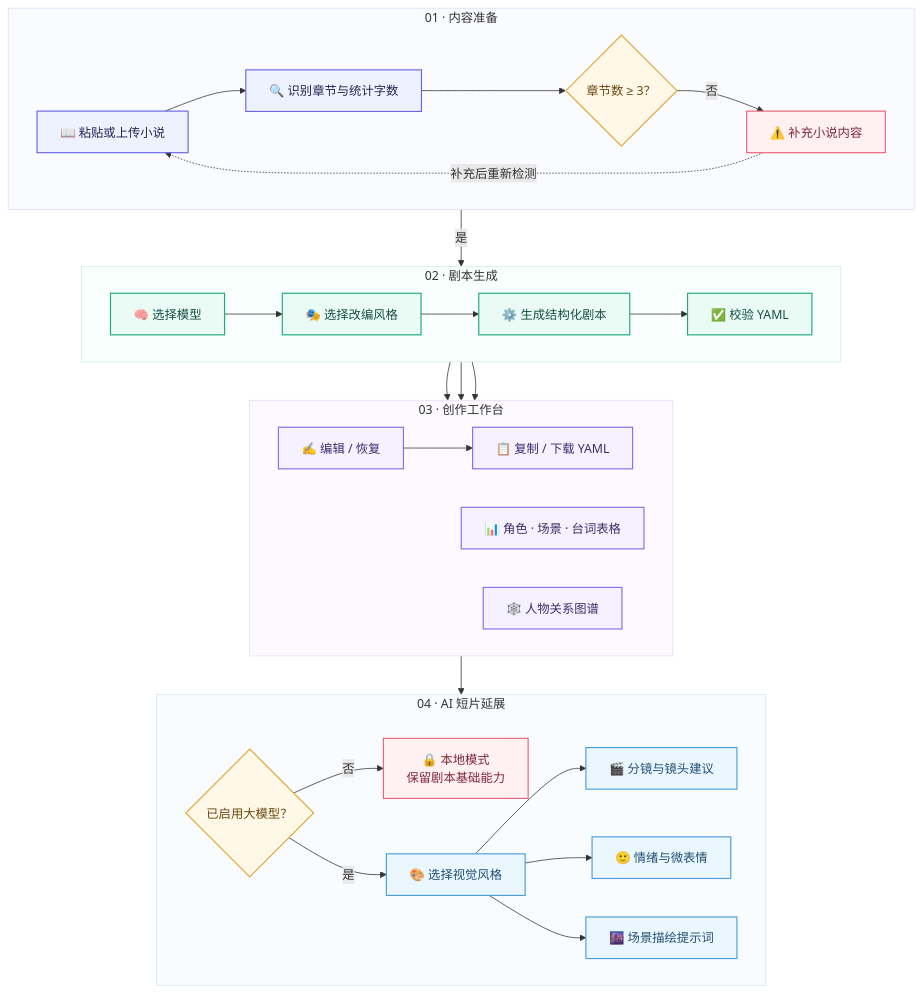
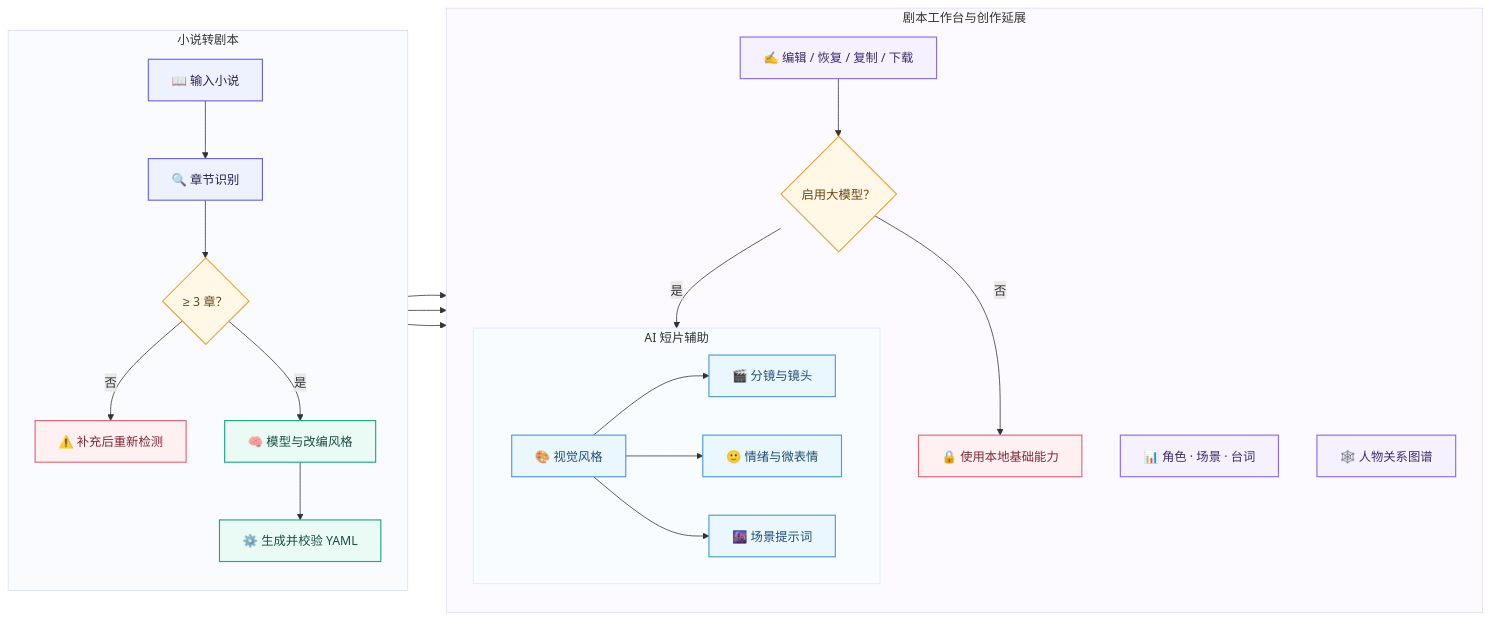
Before and after one commit to zuowenyan212-star/novel-to-script: the diagram in README.md, drawn with Mermaid. The commit also changed other lines of this file, not shown here.

Commit message:
docx:修改readme文件

````diff
--- a/README.md
+++ b/README.md
@@ -93,63 +93,57 @@
 ```mermaid
-flowchart TB
-    subgraph INPUT["01 · 内容准备"]
-        direction LR
-        A["📖 粘贴或上传小说"] --> B["🔍 识别章节与统计字数"] --> C{"章节数 ≥ 3？"}
-        C -- "否" --> D["⚠️ 补充小说内容"]
+flowchart LR
+    subgraph LEFT["小说转剧本"]
+        direction TB
+        A["📖 输入小说"] --> B["🔍 章节识别"]
+        B --> C{"≥ 3 章？"}
+        C -- "否" --> D["⚠️ 补充后重新检测"]
+        C -- "是" --> E["🧠 模型与改编风格"]
+        E --> F["⚙️ 生成并校验 YAML"]
     end
 
-    subgraph GENERATE["02 · 剧本生成"]
-        direction LR
-        E["🧠 选择模型"] --> F["🎭 选择改编风格"] --> G["⚙️ 生成结构化剧本"] --> H["✅ 校验 YAML"]
+    subgraph RIGHT["剧本工作台与创作延展"]
+        direction TB
+        G["✍️ 编辑 / 恢复 / 复制 / 下载"]
+        H["📊 角色 · 场景 · 台词"]
+        I["🕸️ 人物关系图谱"]
+        J{"启用大模型？"}
+        O["🔒 使用本地基础能力"]
+
+        subgraph OUTPUT["AI 短片辅助"]
+            direction LR
+            K["🎨 视觉风格"]
+            L["🎬 分镜与镜头"]
+            M["🙂 情绪与微表情"]
+            N["🌆 场景提示词"]
+        end
+
+        G --> J
+        J -- "否" --> O
+        J -- "是" --> K
+        K --> L
+        K --> M
+        K --> N
     end
 
-    subgraph WORKSPACE["03 · 创作工作台"]
-        direction LR
-        I["✍️ 编辑 / 恢复"]
-        J["📊 角色 · 场景 · 台词表格"]
-        K["🕸️ 人物关系图谱"]
-        L["📋 复制 / 下载 YAML"]
-    end
-
-    subgraph VIDEO["04 · AI 短片延展"]
-        direction LR
-        M{"已启用大模型？"}
-        N["🔒 本地模式<br/>保留剧本基础能力"]
-        O["🎨 选择视觉风格"]
-        P["🎬 分镜与镜头建议"]
-        Q["🙂 情绪与微表情"]
-        R["🌆 场景描绘提示词"]
-    end
-
-    D -. "补充后重新检测" .-> A
-    C -- "是" --> E
-    H --> I
-    H --> J
-    H --> K
-    I --> L
-    I --> M
-    M -- "否" --> N
-    M -- "是" --> O
-    O --> P
-    O --> Q
-    O --> R
+    F --> G
+    F --> H
+    F --> I
 
     classDef input fill:#EEF2FF,stroke:#6C63E8,color:#26234F,stroke-width:1.5px;
     classDef generate fill:#EAFBF6,stroke:#20A883,color:#174E42,stroke-width:1.5px;
     classDef workspace fill:#F5F1FF,stroke:#8B6DE9,color:#3D2E68,stroke-width:1.5px;
     classDef decision fill:#FFF8E7,stroke:#E6A63C,color:#694711,stroke-width:1.5px;
     classDef warning fill:#FFF0F2,stroke:#E5657A,color:#7D2938,stroke-width:1.5px;
     classDef output fill:#EBF7FF,stroke:#4B9DDB,color:#204F73,stroke-width:1.5px;
 
     class A,B input;
-    class E,F,G,H generate;
-    class I,J,K,L workspace;
-    class C,M decision;
-    class D,N warning;
-    class O,P,Q,R output;
+    class E,F generate;
+    class G,H,I workspace;
+    class C,J decision;
+    class D,O warning;
+    class K,L,M,N output;
 
-    style INPUT fill:#FAFBFF,stroke:#D9DDF7,stroke-width:1px
-    style GENERATE fill:#F8FFFC,stroke:#CDEEE3,stroke-width:1px
-    style WORKSPACE fill:#FCFAFF,stroke:#E3DAF8,stroke-width:1px
-    style VIDEO fill:#F8FCFF,stroke:#D5EAF7,stroke-width:1px
+    style LEFT fill:#FAFBFF,stroke:#D9DDF7,stroke-width:1px
+    style RIGHT fill:#FCFAFF,stroke:#E3DAF8,stroke-width:1px
+    style OUTPUT fill:#F8FCFF,stroke:#D5EAF7,stroke-width:1px
 ```
````
